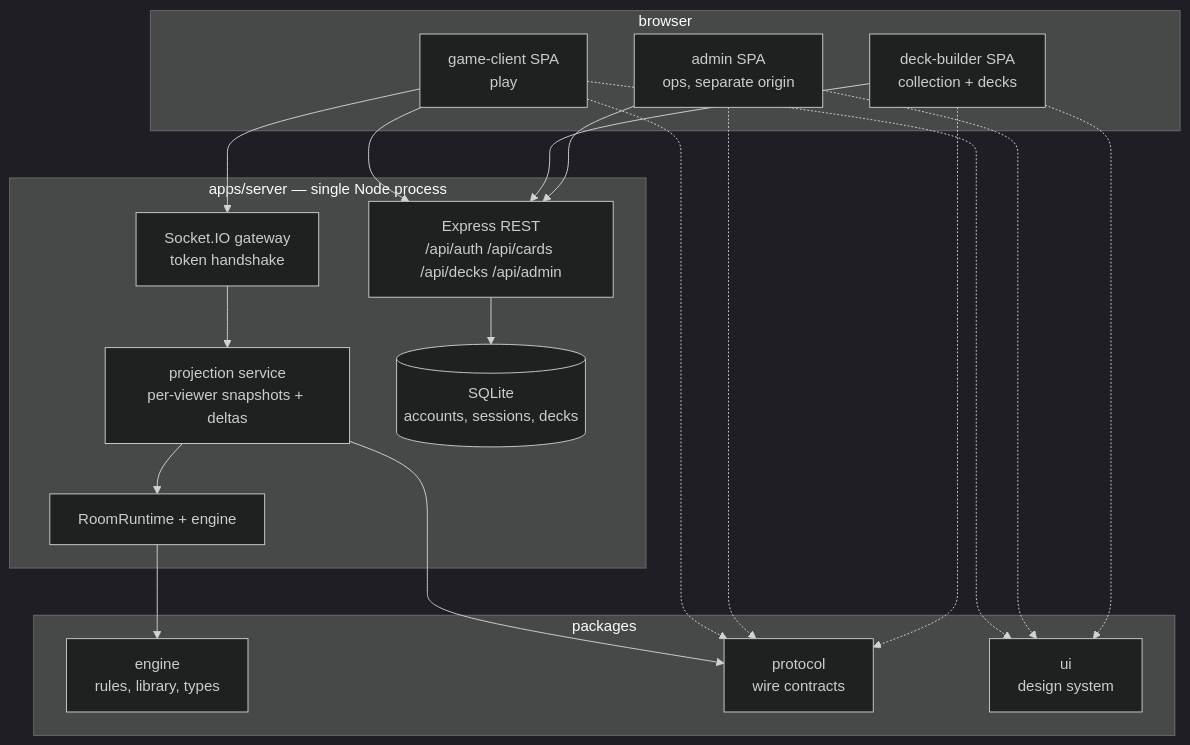
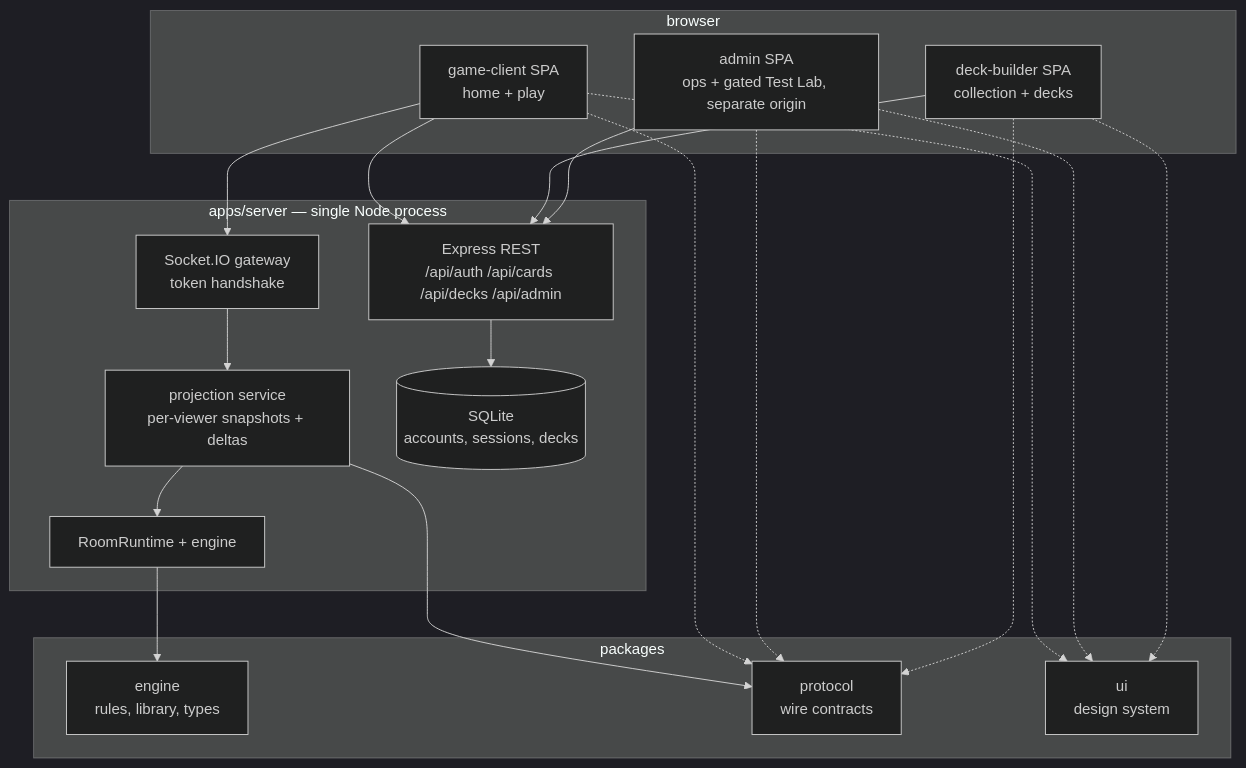
Before and after one commit to sschan39/card-game: the first of 2 diagrams in docs/platform-plan-2026-10-24.md, drawn with Mermaid (dark theme). The commit also changed other lines of this file and 6 other files, not shown here.

Commit message:
docs: plan navigation integration and admin test lab milestones

````diff
--- a/docs/platform-plan-2026-10-24.md
+++ b/docs/platform-plan-2026-10-24.md
@@ -27,35 +31,35 @@
 ```mermaid
 flowchart TB
     subgraph browser
-        GC[game-client SPA<br/>play]
+        GC[game-client SPA<br/>home + play]
         DB[deck-builder SPA<br/>collection + decks]
-        AD[admin SPA<br/>ops, separate origin]
+        AD[admin SPA<br/>ops + gated Test Lab, separate origin]
     end
     subgraph server["apps/server — single Node process"]
         REST[Express REST<br/>/api/auth /api/cards /api/decks /api/admin]
         RT[Socket.IO gateway<br/>token handshake]
         PROJ[projection service<br/>per-viewer snapshots + deltas]
         ROOMS[RoomRuntime + engine]
         STORE[(SQLite<br/>accounts, sessions, decks)]
     end
     subgraph packages
         ENG[engine<br/>rules, library, types]
         PROTO[protocol<br/>wire contracts]
         UI[ui<br/>design system]
     end
     GC --> RT
     GC --> REST
     DB --> REST
     AD --> REST
     RT --> PROJ
     PROJ --> ROOMS
     REST --> STORE
     ROOMS --> ENG
     PROJ --> PROTO
     GC -.-> PROTO
     AD -.-> PROTO
     DB -.-> PROTO
     GC -.-> UI
     AD -.-> UI
     DB -.-> UI
 ```
````
